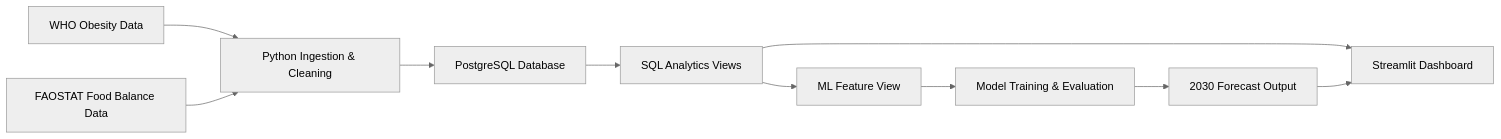
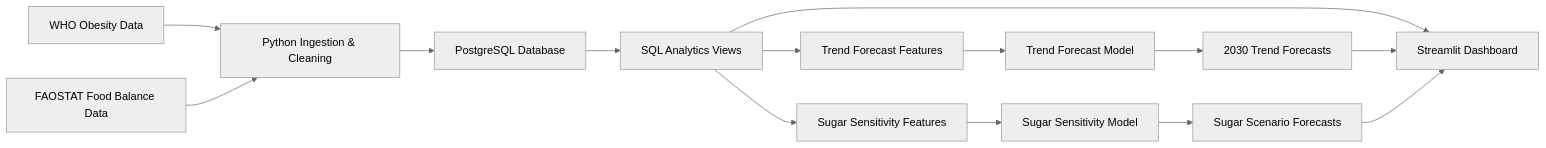
Before and after one commit to pranjal020496/sugarbelly: the diagram in README.md, drawn with Mermaid (neutral theme). The commit also changed other lines of this file, not shown here.

Commit message:
Update README for sugar sensitivity model

````diff
--- a/README.md
+++ b/README.md
@@ -90,12 +103,16 @@
 ```mermaid
 flowchart LR
     A[WHO Obesity Data] --> B[Python Ingestion & Cleaning]
     C[FAOSTAT Food Balance Data] --> B
     B --> D[PostgreSQL Database]
     D --> E[SQL Analytics Views]
     E --> F[Streamlit Dashboard]
-    E --> G[ML Feature View]
-    G --> H[Model Training & Evaluation]
-    H --> I[2030 Forecast Output]
-    I --> F
+    E --> G1[Trend Forecast Features]
+    E --> G2[Sugar Sensitivity Features]
+    G1 --> H1[Trend Forecast Model]
+    G2 --> H2[Sugar Sensitivity Model]
+    H1 --> I1[2030 Trend Forecasts]
+    H2 --> I2[Sugar Scenario Forecasts]
+    I1 --> F
+    I2 --> F
 ```
````
